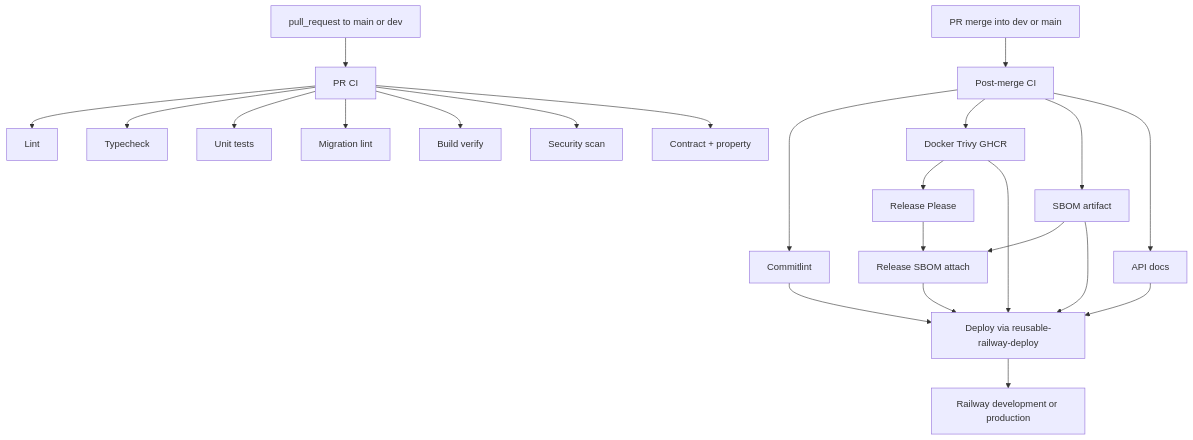
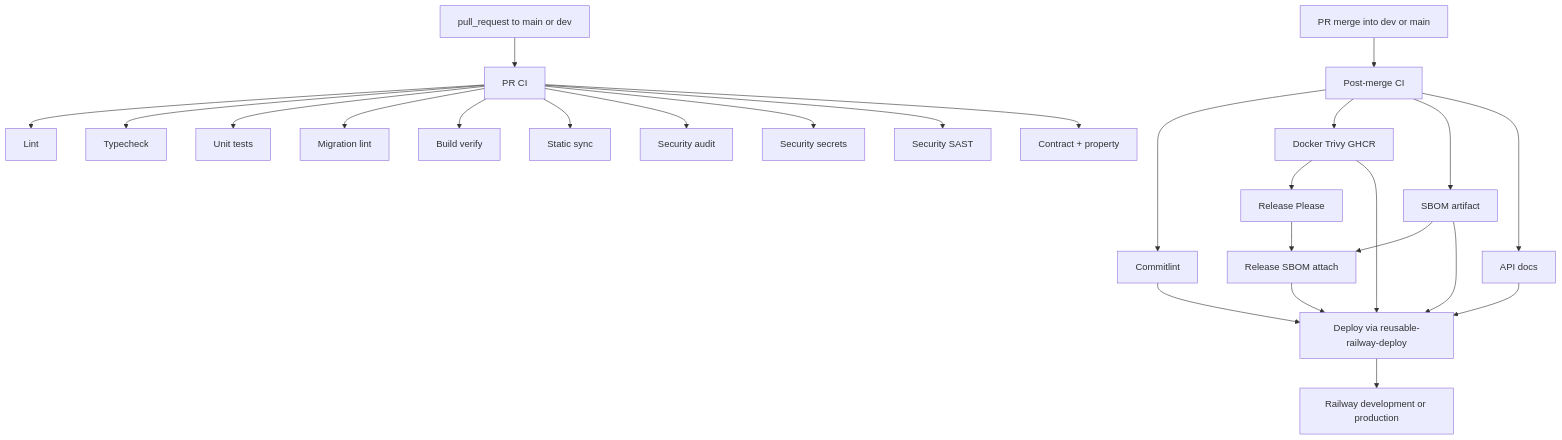
Before and after one commit to nikunjmavani/core-be: the first of 6 diagrams in docs/deployment/ci-cd/cicd-and-deployment.md, drawn with Mermaid. The commit also changed other lines of this file and 1478 other files, not shown here.

````diff
--- a/docs/deployment/ci-cd/cicd-and-deployment.md
+++ b/docs/deployment/ci-cd/cicd-and-deployment.md
@@ -11,30 +22,33 @@
 ```mermaid
 flowchart TD
   PR[pull_request to main or dev] --> PRCI[PR CI]
   PRCI --> Lint[Lint]
   PRCI --> Typecheck[Typecheck]
   PRCI --> Unit[Unit tests]
   PRCI --> MigLint[Migration lint]
   PRCI --> BuildVerify[Build verify]
-  PRCI --> Sec[Security scan]
+  PRCI --> StaticSync[Static sync]
+  PRCI --> SecAudit[Security audit]
+  PRCI --> SecSecrets[Security secrets]
+  PRCI --> SecSAST[Security SAST]
   PRCI --> Contract[Contract + property]
 
   Merge[PR merge into dev or main] --> PostMerge[Post-merge CI]
 
   PostMerge --> Commitlint[Commitlint]
   PostMerge --> Docker[Docker Trivy GHCR]
   PostMerge --> SBOM[SBOM artifact]
   PostMerge --> APIDocs[API docs]
 
   Docker --> ReleasePlease[Release Please]
   ReleasePlease --> ReleaseSBOM[Release SBOM attach]
   SBOM --> ReleaseSBOM
   ReleaseSBOM --> Deploy[Deploy via reusable-railway-deploy]
   Docker --> Deploy
   SBOM --> Deploy
   APIDocs --> Deploy
   Commitlint --> Deploy
 
   Deploy --> Railway[Railway development or production]
 
 ```
````
